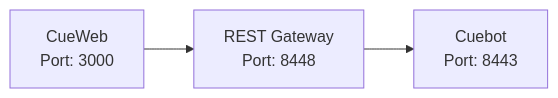
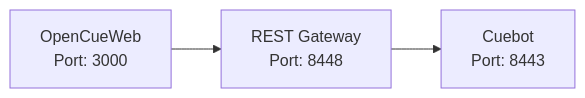
One commit to AcademySoftwareFoundation/OpenCue changed the third of 4 diagrams in docs/_docs/concepts/cueweb-rest-gateway.md. Above: the diagram before and after it, drawn with Mermaid. The commit also changed other lines of this file and 24 other files, not shown here.

First line of the commit message:
[cueweb/docs] Rename CueWeb to OpenCueWeb across documentation (#2484)

```diff
--- a/docs/_docs/concepts/cueweb-rest-gateway.md
+++ b/docs/_docs/concepts/cueweb-rest-gateway.md
@@ -252,5 +252,5 @@
 <div class="mermaid">
 graph LR
-    A["CueWeb<br/>Port: 3000"] --> B["REST Gateway<br/>Port: 8448"]
+    A["OpenCueWeb<br/>Port: 3000"] --> B["REST Gateway<br/>Port: 8448"]
     B --> C["Cuebot<br/>Port: 8443"]
 </div>
```
